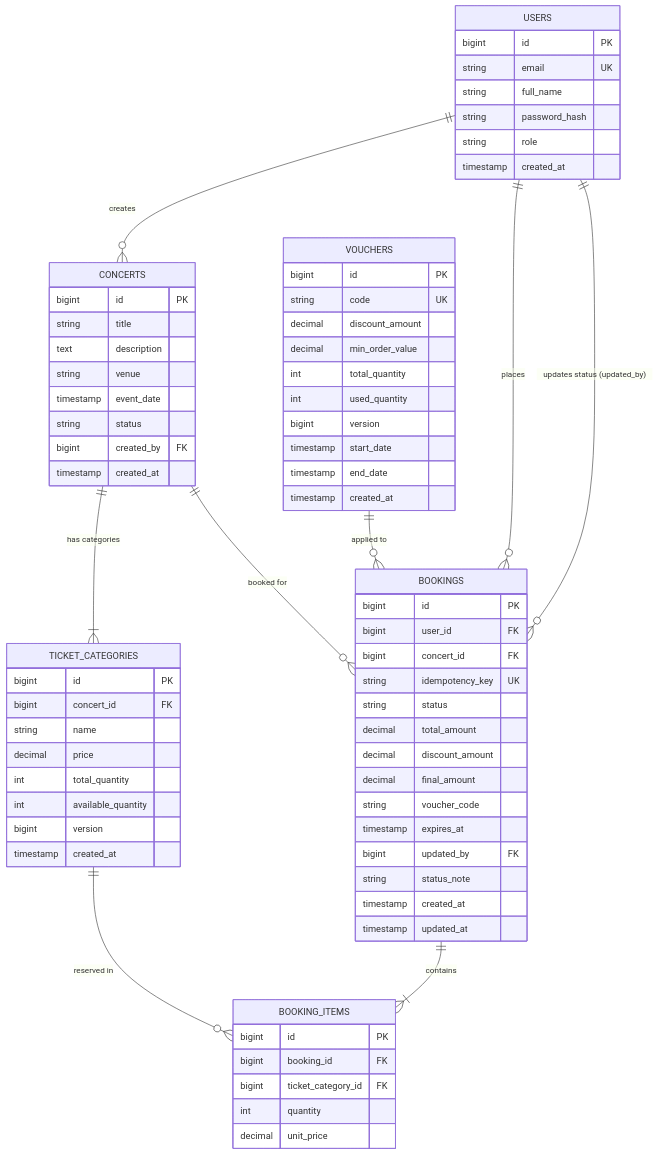
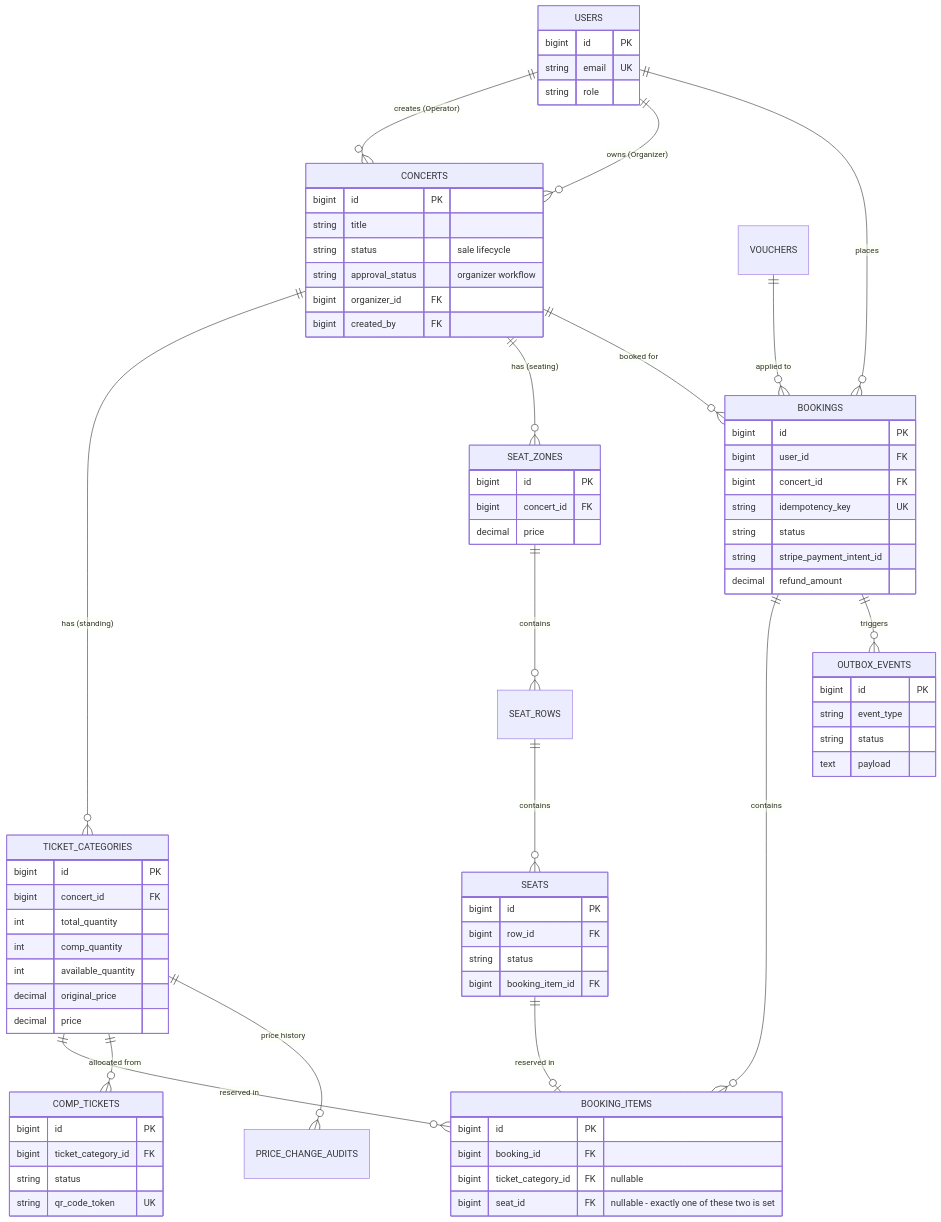
One commit to Vinh-Kidort/Concert_Booking_Flatform changed the diagram in ARCHITECTURE.md. Above: the diagram before and after it, drawn with Mermaid. The commit also changed other lines of this file and 119 other files, not shown here.

````diff
--- a/ARCHITECTURE.md
+++ b/ARCHITECTURE.md
@@ -33,80 +43,79 @@
 ```mermaid
 erDiagram
-    USERS ||--o{ CONCERTS : "creates"
+    USERS ||--o{ CONCERTS : "creates (Operator)"
+    USERS ||--o{ CONCERTS : "owns (Organizer)"
     USERS ||--o{ BOOKINGS : "places"
-    USERS ||--o{ BOOKINGS : "updates status (updated_by)"
-    CONCERTS ||--|{ TICKET_CATEGORIES : "has categories"
+    CONCERTS ||--o{ TICKET_CATEGORIES : "has (standing)"
+    CONCERTS ||--o{ SEAT_ZONES : "has (seating)"
     CONCERTS ||--o{ BOOKINGS : "booked for"
-    BOOKINGS ||--|{ BOOKING_ITEMS : "contains"
     TICKET_CATEGORIES ||--o{ BOOKING_ITEMS : "reserved in"
+    SEAT_ZONES ||--o{ SEAT_ROWS : "contains"
+    SEAT_ROWS ||--o{ SEATS : "contains"
+    SEATS ||--o| BOOKING_ITEMS : "reserved in"
+    BOOKINGS ||--o{ BOOKING_ITEMS : "contains"
     VOUCHERS ||--o{ BOOKINGS : "applied to"
+    TICKET_CATEGORIES ||--o{ COMP_TICKETS : "allocated from"
+    TICKET_CATEGORIES ||--o{ PRICE_CHANGE_AUDITS : "price history"
+    BOOKINGS ||--o{ OUTBOX_EVENTS : "triggers"
 
     USERS {
         bigint id PK
         string email UK
-        string full_name
-        string password_hash
         string role
-        timestamp created_at
     }
-
     CONCERTS {
         bigint id PK
         string title
-        text description
-        string venue
-        timestamp event_date
-        string status
+        string status "sale lifecycle"
+        string approval_status "organizer workflow"
+        bigint organizer_id FK
         bigint created_by FK
-        timestamp created_at
     }
-
     TICKET_CATEGORIES {
         bigint id PK
         bigint concert_id FK
-        string name
+        int total_quantity
+        int comp_quantity
+        int available_quantity
+        decimal original_price
         decimal price
-        int total_quantity
-        int available_quantity
-        bigint version
-        timestamp created_at
     }
-
+    SEAT_ZONES {
+        bigint id PK
+        bigint concert_id FK
+        decimal price
+    }
+    SEATS {
+        bigint id PK
+        bigint row_id FK
+        string status
+        bigint booking_item_id FK
+    }
     BOOKINGS {
         bigint id PK
         bigint user_id FK
         bigint concert_id FK
         string idempotency_key UK
         string status
-        decimal total_amount
-        decimal discount_amount
-        decimal final_amount
-        string voucher_code
-        timestamp expires_at
-        bigint updated_by FK
-        string status_note
-        timestamp created_at
-        timestamp updated_at
+        string stripe_payment_intent_id
+        decimal refund_amount
     }
-
     BOOKING_ITEMS {
         bigint id PK
         bigint booking_id FK
+        bigint ticket_category_id FK "nullable"
+        bigint seat_id FK "nullable - exactly one of these two is set"
+    }
+    COMP_TICKETS {
+        bigint id PK
         bigint ticket_category_id FK
-        int quantity
-        decimal unit_price
+        string status
+        string qr_code_token UK
     }
-
-    VOUCHERS {
+    OUTBOX_EVENTS {
         bigint id PK
-        string code UK
-        decimal discount_amount
-        decimal min_order_value
-        int total_quantity
-        int used_quantity
-        bigint version
-        timestamp start_date
-        timestamp end_date
-        timestamp created_at
+        string event_type
+        string status
+        text payload
     }
 ```
````
